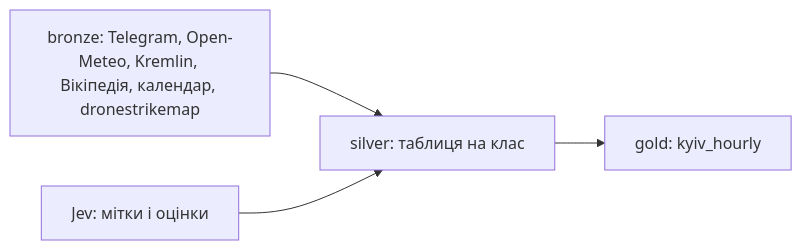
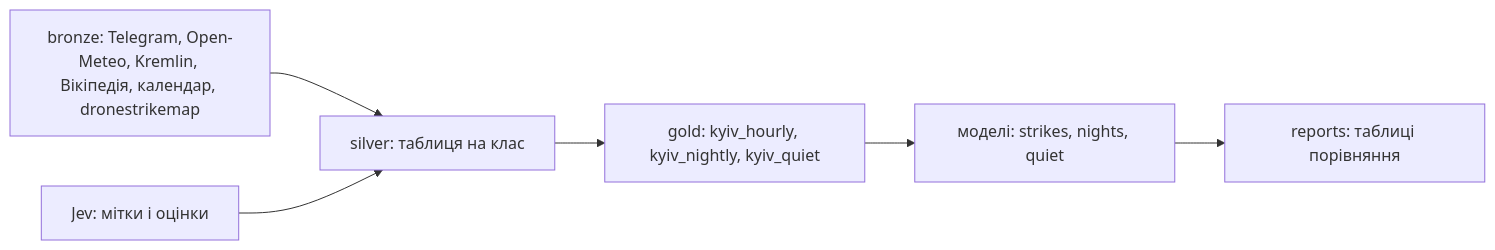
The diagram in docs/ARCHITECTURE.md (yegqr/kyianyn-routine), drawn with Mermaid before and after one commit. The commit also changed other lines of this file and 23 other files, not shown here.

````diff
--- a/docs/ARCHITECTURE.md
+++ b/docs/ARCHITECTURE.md
@@ -16,6 +39,8 @@
 ```mermaid
 flowchart LR
   B[bronze: Telegram, Open-Meteo, Kremlin, Вікіпедія, календар, dronestrikemap] --> S[silver: таблиця на клас]
   J[Jev: мітки і оцінки] --> S
-  S --> G[gold: kyiv_hourly]
+  S --> G[gold: kyiv_hourly, kyiv_nightly, kyiv_quiet]
+  G --> M[моделі: strikes, nights, quiet]
+  M --> R[reports: таблиці порівняння]
 ```
````
